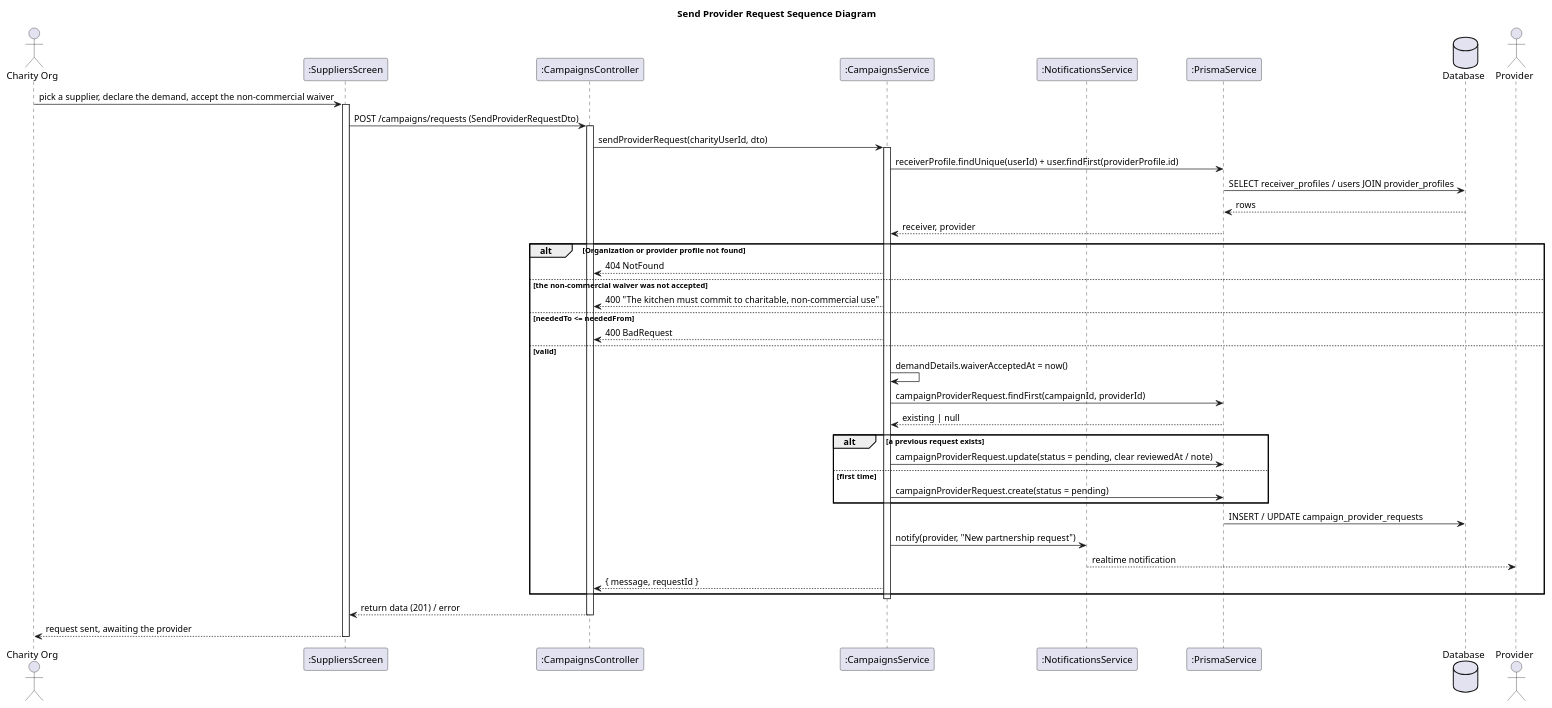
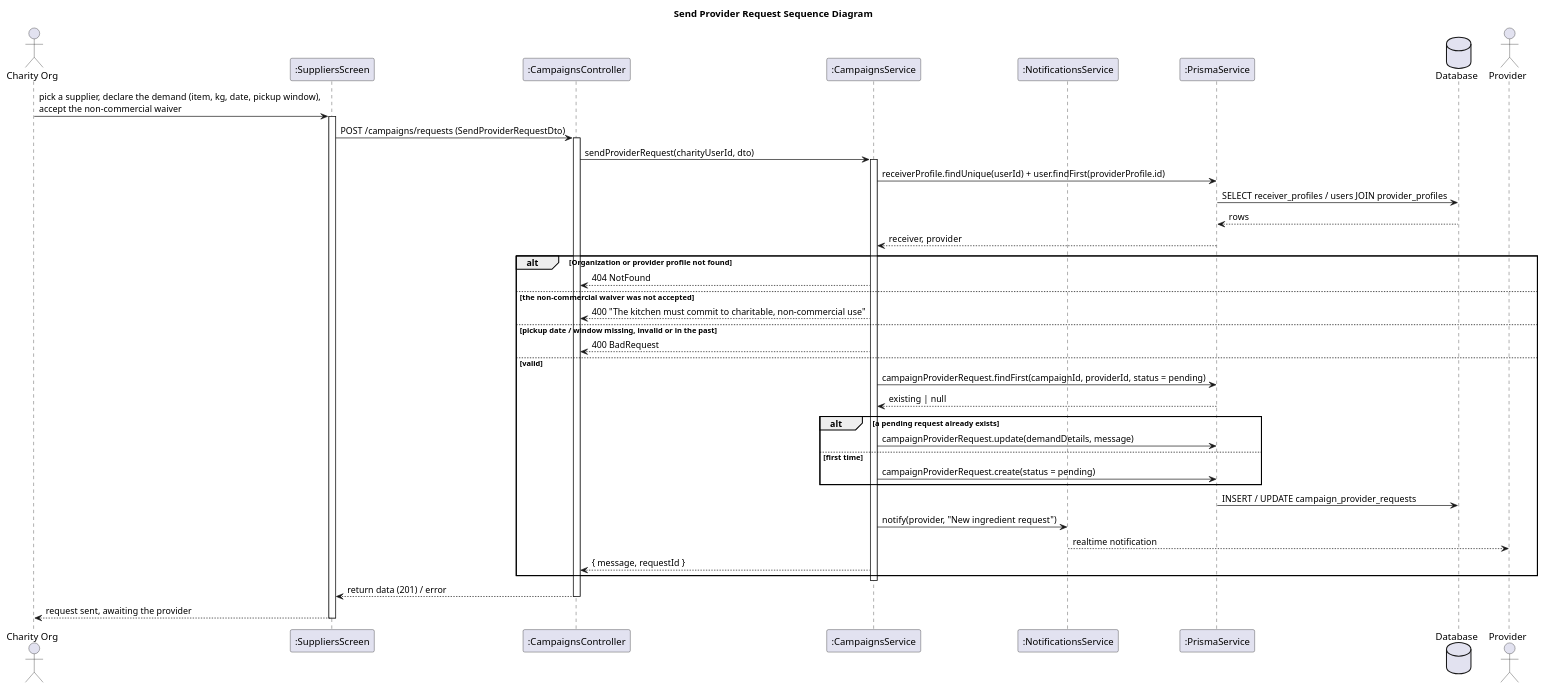
The second of 8 diagrams in docs/diagrams/seq-campaign-supply.puml (trimikey/Capstone_FoodResQ_Web), drawn with PlantUML before and after one commit. The commit also changed other lines of this file and 23 other files, not shown here.

First line of the commit message:
docs(diagrams): cap nhat sequence + class diagram theo code hien tai, bo chu thich

```diff
--- a/docs/diagrams/seq-campaign-supply.puml
+++ b/docs/diagrams/seq-campaign-supply.puml
@@ -56,48 +44,47 @@
 @startuml seq-campaign-send-request
 title Send Provider Request Sequence Diagram
 
 actor "Charity Org" as User
 participant ":SuppliersScreen" as Screen
 participant ":CampaignsController" as Ctrl
 participant ":CampaignsService" as Svc
 participant ":NotificationsService" as Notif
 participant ":PrismaService" as Repo
 database "Database" as DB
 actor "Provider" as Provider
 
-User -> Screen : pick a supplier, declare the demand, accept the non-commercial waiver
+User -> Screen : pick a supplier, declare the demand (item, kg, date, pickup window),\naccept the non-commercial waiver
 activate Screen
 Screen -> Ctrl : POST /campaigns/requests (SendProviderRequestDto)
 activate Ctrl
 Ctrl -> Svc : sendProviderRequest(charityUserId, dto)
 activate Svc
 Svc -> Repo : receiverProfile.findUnique(userId) + user.findFirst(providerProfile.id)
 Repo -> DB : SELECT receiver_profiles / users JOIN provider_profiles
 DB --> Repo : rows
 Repo --> Svc : receiver, provider
 alt Organization or provider profile not found
   Svc --> Ctrl : 404 NotFound
 else the non-commercial waiver was not accepted
   Svc --> Ctrl : 400 "The kitchen must commit to charitable, non-commercial use"
-else neededTo <= neededFrom
+else pickup date / window missing, invalid or in the past
   Svc --> Ctrl : 400 BadRequest
 else valid
-  Svc -> Svc : demandDetails.waiverAcceptedAt = now()
-  Svc -> Repo : campaignProviderRequest.findFirst(campaignId, providerId)
+  Svc -> Repo : campaignProviderRequest.findFirst(campaignId, providerId, status = pending)
   Repo --> Svc : existing | null
-  alt a previous request exists
-    Svc -> Repo : campaignProviderRequest.update(status = pending, clear reviewedAt / note)
+  alt a pending request already exists
+    Svc -> Repo : campaignProviderRequest.update(demandDetails, message)
   else first time
     Svc -> Repo : campaignProviderRequest.create(status = pending)
   end
   Repo -> DB : INSERT / UPDATE campaign_provider_requests
-  Svc -> Notif : notify(provider, "New partnership request")
+  Svc -> Notif : notify(provider, "New ingredient request")
   Notif --> Provider : realtime notification
   Svc --> Ctrl : { message, requestId }
 end
 deactivate Svc
 Ctrl --> Screen : return data (201) / error
 deactivate Ctrl
 Screen --> User : request sent, awaiting the provider
 deactivate Screen
 @enduml
```
